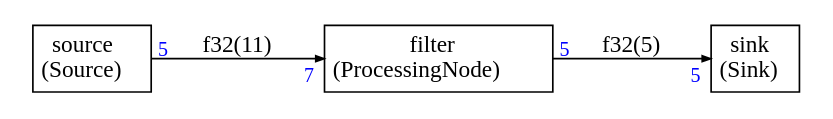
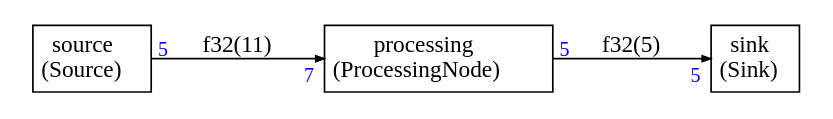
One commit to ARM-software/CMSIS-DSP changed the diagram in ComputeGraph/examples/example1/test.dot. Above: the diagram before and after it, drawn with Graphviz. The commit also changed 180 other files, not shown here.

```diff
--- a/ComputeGraph/examples/example1/test.dot
+++ b/ComputeGraph/examples/example1/test.dot
@@ -1,48 +1,48 @@
 
 
 
 
 digraph structs {
     node [shape=plaintext]
     rankdir=LR
     edge [arrowsize=0.5]
     fontname="times"
 
 
-filter [label=<
+processing [label=<
 <TABLE BORDER="0" CELLBORDER="1" CELLSPACING="0" CELLPADDING="4">
   <TR>
-    <TD ALIGN="CENTER" PORT="i">filter<BR/>(ProcessingNode)</TD>
+    <TD ALIGN="CENTER" PORT="i">processing<BR/>(ProcessingNode)</TD>
   </TR>
 </TABLE>>];
 
 sink [label=<
 <TABLE BORDER="0" CELLBORDER="1" CELLSPACING="0" CELLPADDING="4">
   <TR>
     <TD ALIGN="CENTER" PORT="i">sink<BR/>(Sink)</TD>
   </TR>
 </TABLE>>];
 
 source [label=<
 <TABLE BORDER="0" CELLBORDER="1" CELLSPACING="0" CELLPADDING="4">
   <TR>
     <TD ALIGN="CENTER" PORT="i">source<BR/>(Source)</TD>
   </TR>
 </TABLE>>];
 
 
 
-source:i -> filter:i [label="f32(11)"
+source:i -> processing:i [label="f32(11)"
 ,headlabel=<<TABLE BORDER="0" CELLPADDING="2"><TR><TD><FONT COLOR="blue" POINT-SIZE="12.0" >7</FONT>
 </TD></TR></TABLE>>
 ,taillabel=<<TABLE BORDER="0" CELLPADDING="2"><TR><TD><FONT COLOR="blue" POINT-SIZE="12.0" >5</FONT>
 </TD></TR></TABLE>>]
 
-filter:i -> sink:i [label="f32(5)"
+processing:i -> sink:i [label="f32(5)"
 ,headlabel=<<TABLE BORDER="0" CELLPADDING="2"><TR><TD><FONT COLOR="blue" POINT-SIZE="12.0" >5</FONT>
 </TD></TR></TABLE>>
 ,taillabel=<<TABLE BORDER="0" CELLPADDING="2"><TR><TD><FONT COLOR="blue" POINT-SIZE="12.0" >5</FONT>
 </TD></TR></TABLE>>]
 
 
 }
```
